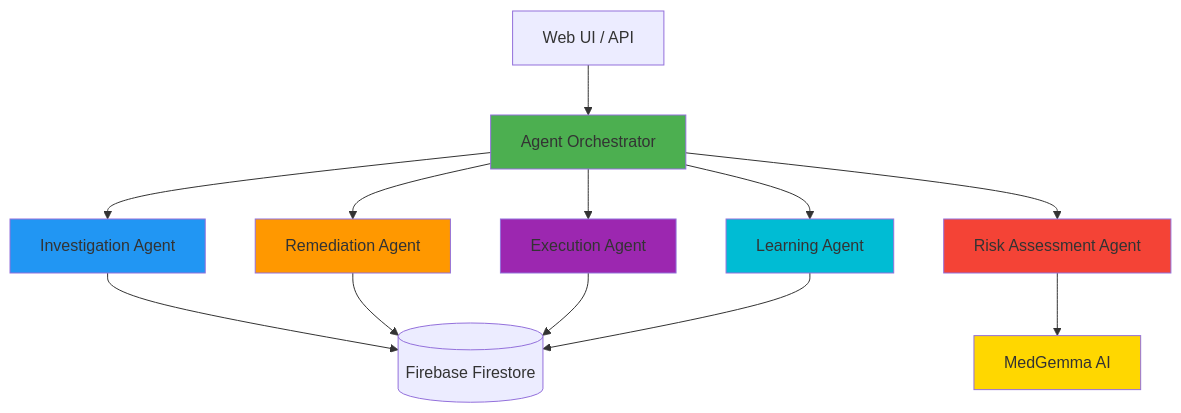
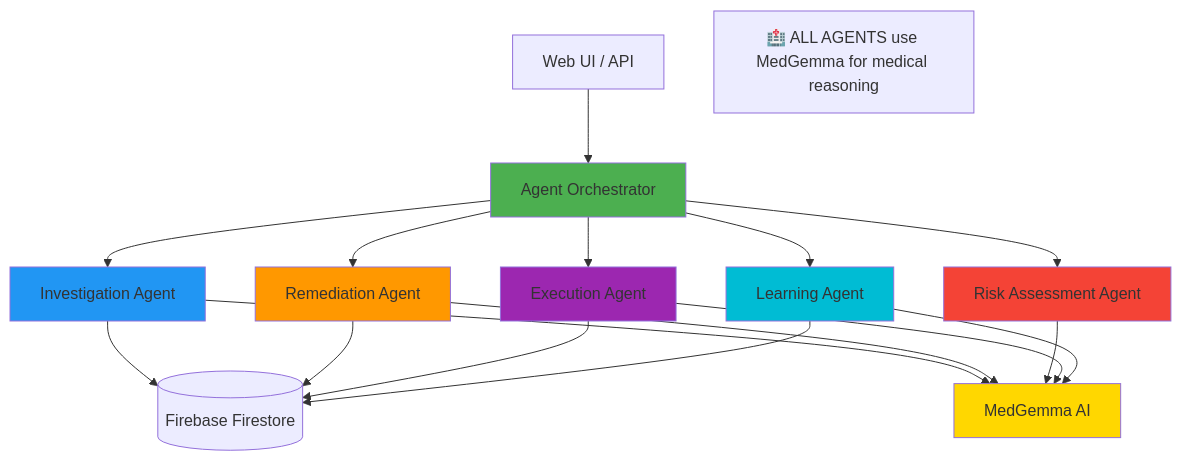
Before and after one commit to raghulresearcher/kaggle_comp_medgemma: the first of 11 diagrams in docs/AGENTIC_FLOWS.md, drawn with Mermaid. The commit also changed 7 other files, not shown here.

First line of the commit message:
feat: All agents now use MedGemma for medical reasoning

````diff
--- a/docs/AGENTIC_FLOWS.md
+++ b/docs/AGENTIC_FLOWS.md
@@ -7,24 +7,30 @@
 ```mermaid
 graph TB
     UI[Web UI / API] --> Orchestrator[Agent Orchestrator]
     Orchestrator --> INV[Investigation Agent]
     Orchestrator --> REM[Remediation Agent]
     Orchestrator --> RISK[Risk Assessment Agent]
     Orchestrator --> EXEC[Execution Agent]
     Orchestrator --> LEARN[Learning Agent]
     
     INV --> Firebase[(Firebase Firestore)]
     REM --> Firebase
     EXEC --> Firebase
     LEARN --> Firebase
     
-    RISK --> MedGemma[MedGemma AI]
+    INV --> MedGemma[MedGemma AI]
+    REM --> MedGemma
+    RISK --> MedGemma
+    EXEC --> MedGemma
+    LEARN --> MedGemma
     
     style Orchestrator fill:#4CAF50
     style INV fill:#2196F3
     style REM fill:#FF9800
     style RISK fill:#F44336
     style EXEC fill:#9C27B0
     style LEARN fill:#00BCD4
     style MedGemma fill:#FFD700
+    
+    Note1["🏥 ALL AGENTS use MedGemma for medical reasoning"]
 ```
````
